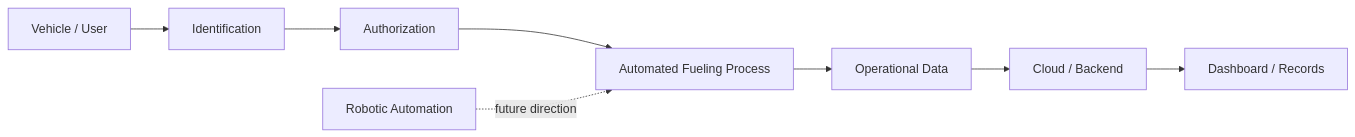
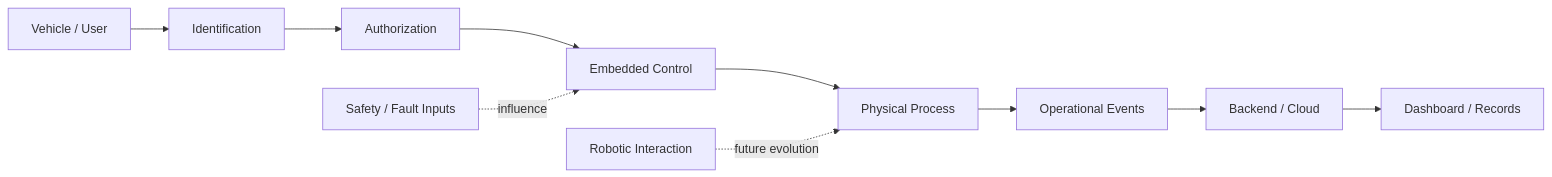
One commit to Elgrandeyury/smart-robotic-fueling-system changed the diagram in docs/system-overview.md. Above: the diagram before and after it, drawn with Mermaid. The commit also changed other lines of this file, not shown here.

````diff
--- a/docs/system-overview.md
+++ b/docs/system-overview.md
@@ -11,11 +15,13 @@
 ```mermaid
 flowchart LR
     A[Vehicle / User] --> B[Identification]
     B --> C[Authorization]
-    C --> D[Automated Fueling Process]
-    D --> E[Operational Data]
-    E --> F[Cloud / Backend]
-    F --> G[Dashboard / Records]
+    C --> D[Embedded Control]
+    D --> E[Physical Process]
+    E --> F[Operational Events]
+    F --> G[Backend / Cloud]
+    G --> H[Dashboard / Records]
 
-    H[Robotic Automation] -.future direction.-> D
+    I[Safety / Fault Inputs] -. influence .-> D
+    J[Robotic Interaction] -. future evolution .-> E
 ```
````
